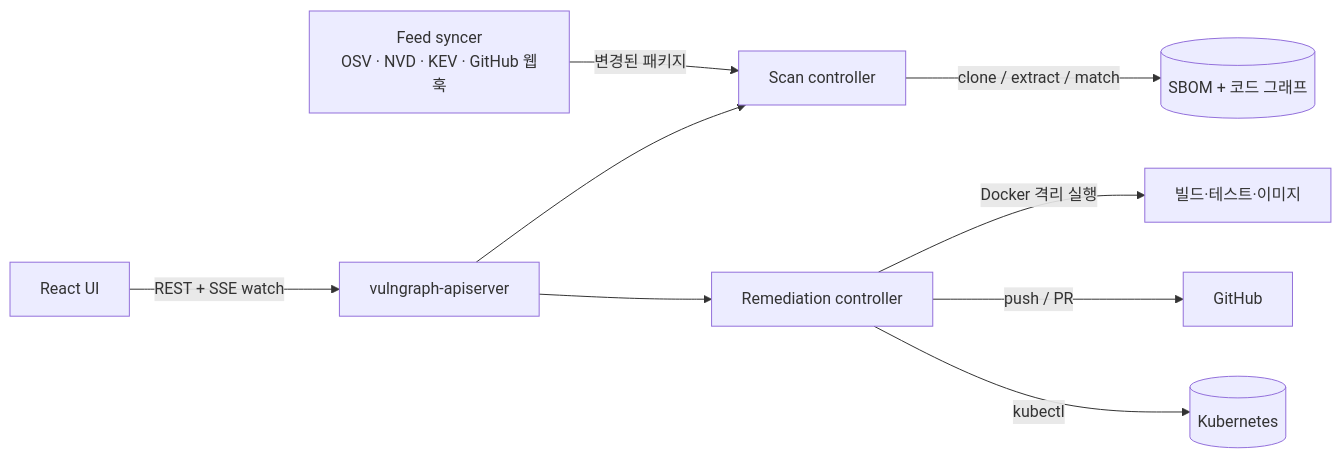
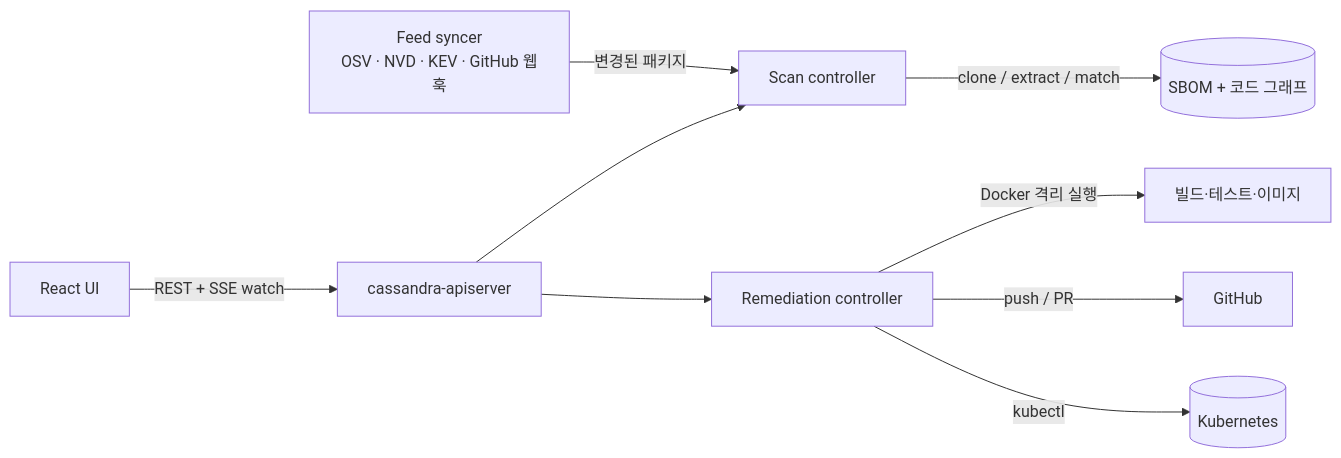
The diagram in README.md (jinho-yoo-jack/Cassandra), drawn with Mermaid before and after one commit. The commit also changed other lines of this file and 77 other files, not shown here.

````diff
--- a/README.md
+++ b/README.md
@@ -5,11 +5,11 @@
 ```mermaid
 flowchart LR
-  UI[React UI] -- REST + SSE watch --> API[vulngraph-apiserver]
+  UI[React UI] -- REST + SSE watch --> API[cassandra-apiserver]
   API --> SC[Scan controller]
   API --> RC[Remediation controller]
   SC -- clone / extract / match --> SBOM[(SBOM + 코드 그래프)]
   FS[Feed syncer<br/>OSV · NVD · KEV · GitHub 웹훅] -- 변경된 패키지 --> SC
   RC -- Docker 격리 실행 --> R[빌드·테스트·이미지]
   RC -- push / PR --> GH[GitHub]
   RC -- kubectl --> K8s[(Kubernetes)]
 ```
````
